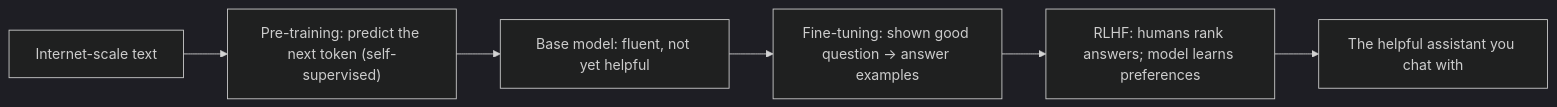
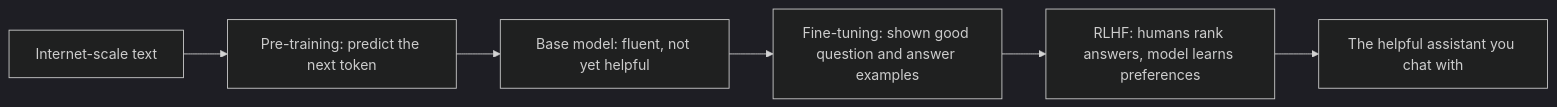
One commit to snotani/ai-training-platform changed the second of 2 diagrams in src/content/lessons/1.2.mdx. Above: the diagram before and after it, drawn with Mermaid (dark theme). The commit also changed other lines of this file and 5 other files, not shown here.

First line of the commit message:
content: refine lesson 1.2 with token-splitting detail and clearer examples

````diff
--- a/src/content/lessons/1.2.mdx
+++ b/src/content/lessons/1.2.mdx
@@ -46,8 +92,8 @@
 ```mermaid
 flowchart LR
-  raw["Internet-scale text"] --> pre["Pre-training: predict the next token (self-supervised)"]
+  raw["Internet-scale text"] --> pre["Pre-training: predict the next token"]
   pre --> base["Base model: fluent, not yet helpful"]
-  base --> sft["Fine-tuning: shown good question -> answer examples"]
-  sft --> rlhf["RLHF: humans rank answers; model learns preferences"]
+  base --> sft["Fine-tuning: shown good question and answer examples"]
+  sft --> rlhf["RLHF: humans rank answers, model learns preferences"]
   rlhf --> asst["The helpful assistant you chat with"]
 ```
````
